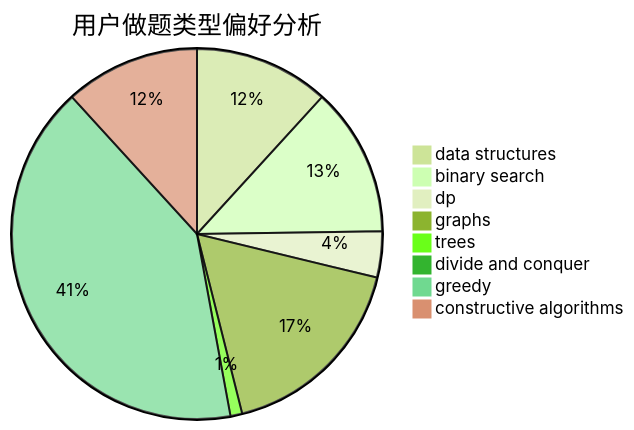
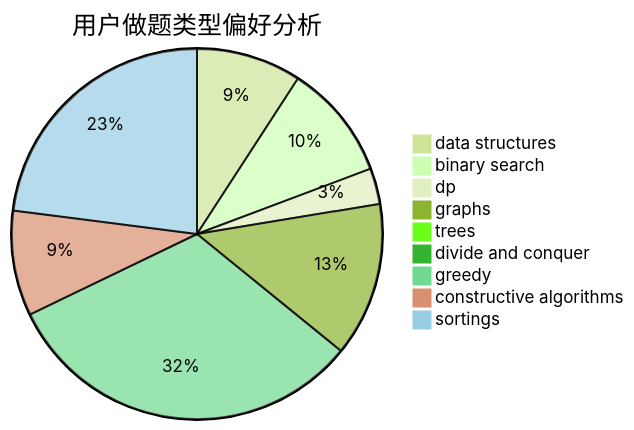
Before and after one commit to sherpahu/cfrs.github.io: the second of 3 diagrams in docs/user/u1748.md, drawn with Mermaid (forest theme). The commit also changed other lines of this file and 2769 other files, not shown here.

````diff
--- a/docs/user/u1748.md
+++ b/docs/user/u1748.md
@@ -23,11 +18,12 @@
 ```mermaid
 pie title 用户做题类型偏好分析
     "data structures" :  126
     "binary search" :  139
     "dp" :  43
     "graphs" :  185
     "trees" :  11
     "divide and conquer" :  1
     "greedy" :  440
     "constructive algorithms" :  126
+    "sortings" :  316
 ```
````
